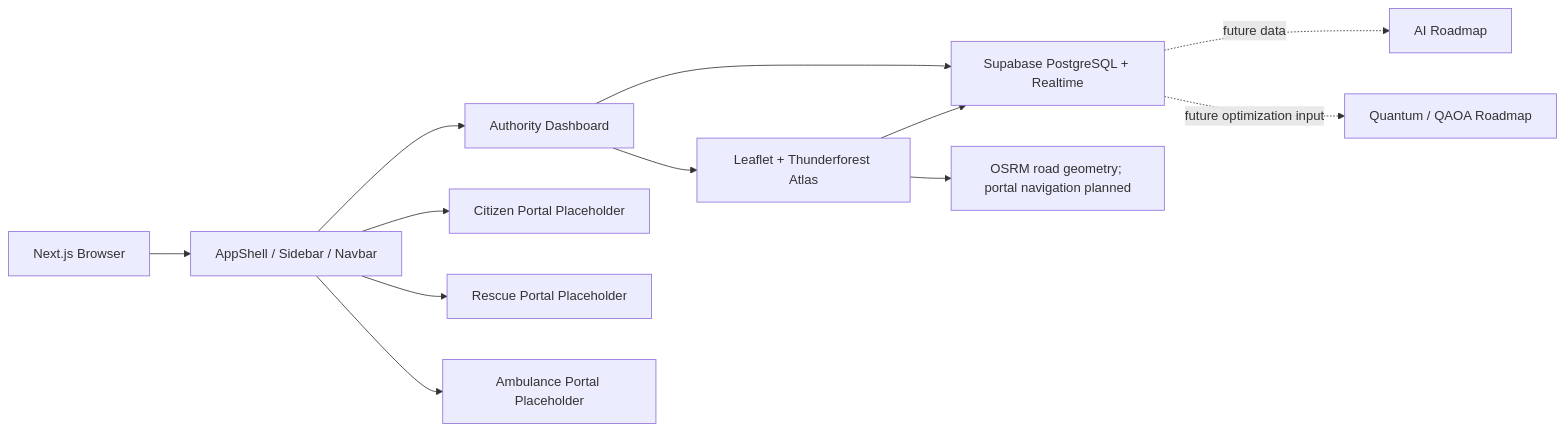
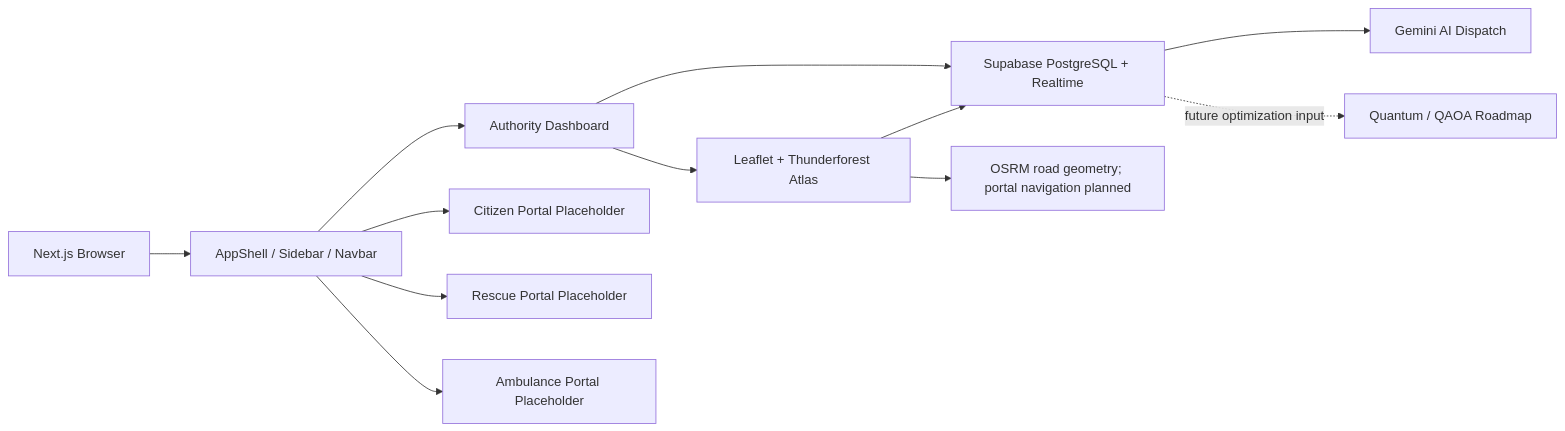
One commit to Jagadeesh459/resqnova changed the diagram in MASTER_PROJECT_DOCUMENTATION.md. Above: the diagram before and after it, drawn with Mermaid. The commit also changed other lines of this file and 12 other files, not shown here.

````diff
--- a/MASTER_PROJECT_DOCUMENTATION.md
+++ b/MASTER_PROJECT_DOCUMENTATION.md
@@ -191,26 +195,26 @@
 ```mermaid
 flowchart LR
     Browser[Next.js Browser]
     Shell[AppShell / Sidebar / Navbar]
     Dashboard[Authority Dashboard]
     Citizen[Citizen Portal Placeholder]
     Rescue[Rescue Portal Placeholder]
     Ambulance[Ambulance Portal Placeholder]
     Supabase[Supabase PostgreSQL + Realtime]
     Map[Leaflet + Thunderforest Atlas]
-    AI[AI Roadmap]
+    AI[Gemini AI Dispatch]
     Quantum[Quantum / QAOA Roadmap]
     Routing[OSRM road geometry; portal navigation planned]
 
     Browser --> Shell
     Shell --> Dashboard
     Shell --> Citizen
     Shell --> Rescue
     Shell --> Ambulance
     Dashboard --> Map
     Dashboard --> Supabase
     Map --> Supabase
     Map --> Routing
-    Supabase -. future data .-> AI
+    Supabase --> AI
     Supabase -. future optimization input .-> Quantum
 ```
````
